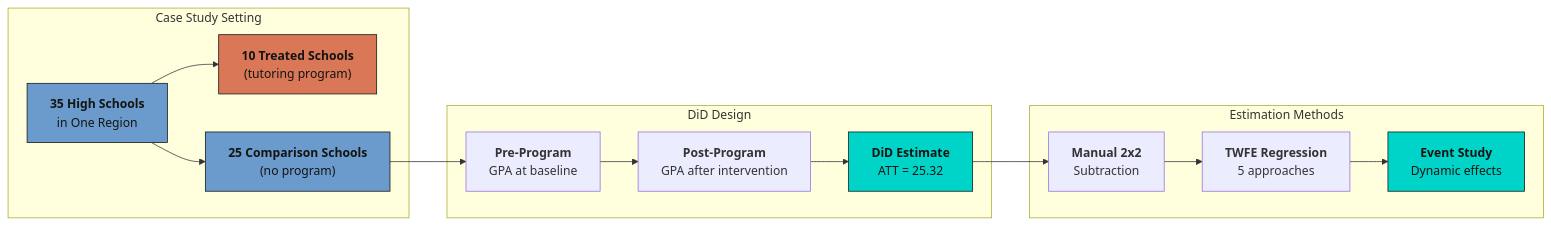
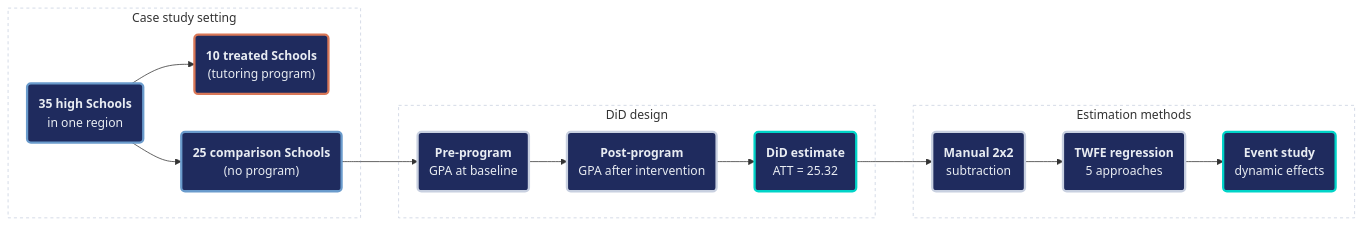
Before and after one commit to cmg777/starter-academic-v501: the diagram in content/post/stata_did/index.md, drawn with Mermaid. The commit also changed 13 other files, not shown here.

First line of the commit message:
content(mermaid): restyle flowcharts in Stata posts, batch 1 of 2

````diff
--- a/content/post/stata_did/index.md
+++ b/content/post/stata_did/index.md
@@ -89,33 +89,38 @@
 ```mermaid
 graph LR
-    subgraph "Case Study Setting"
-    A["<b>35 High Schools</b><br/>in One Region"]
-    B["<b>10 Treated Schools</b><br/>(tutoring program)"]
-    C["<b>25 Comparison Schools</b><br/>(no program)"]
+    subgraph SG1["Case study setting"]
+    A("<b>35 high Schools</b><br/>in one region")
+    B("<b>10 treated Schools</b><br/>(tutoring program)")
+    C("<b>25 comparison Schools</b><br/>(no program)")
     A --> B
     A --> C
     end
 
-    subgraph "DiD Design"
-    D["<b>Pre-Program</b><br/>GPA at baseline"]
-    E["<b>Post-Program</b><br/>GPA after intervention"]
-    F["<b>DiD Estimate</b><br/>ATT = 25.32"]
+    subgraph SG2["DiD design"]
+    D("<b>Pre-program</b><br/>GPA at baseline")
+    E("<b>Post-program</b><br/>GPA after intervention")
+    F("<b>DiD estimate</b><br/>ATT = 25.32")
     D --> E --> F
     end
 
-    subgraph "Estimation Methods"
-    G["<b>Manual 2x2</b><br/>Subtraction"]
-    H["<b>TWFE Regression</b><br/>5 approaches"]
-    I["<b>Event Study</b><br/>Dynamic effects"]
+    subgraph SG3["Estimation methods"]
+    G("<b>Manual 2x2</b><br/>subtraction")
+    H("<b>TWFE regression</b><br/>5 approaches")
+    I("<b>Event study</b><br/>dynamic effects")
     G --> H --> I
     end
 
     C --> D
     F --> G
-
-    style A fill:#6a9bcc,stroke:#141413,color:#141413
-    style B fill:#d97757,stroke:#141413,color:#141413
-    style C fill:#6a9bcc,stroke:#141413,color:#141413
-    style F fill:#00d4c8,stroke:#141413,color:#141413
-    style I fill:#00d4c8,stroke:#141413,color:#141413
+    style SG1 fill:none,stroke:#c8d0e0,stroke-width:1px,stroke-dasharray:4 4
+    style SG2 fill:none,stroke:#c8d0e0,stroke-width:1px,stroke-dasharray:4 4
+    style SG3 fill:none,stroke:#c8d0e0,stroke-width:1px,stroke-dasharray:4 4
+    classDef blue fill:#1f2b5e,stroke:#6a9bcc,stroke-width:3px,color:#e8ecf2
+    classDef orange fill:#1f2b5e,stroke:#d97757,stroke-width:3px,color:#e8ecf2
+    classDef gray fill:#1f2b5e,stroke:#c8d0e0,stroke-width:3px,color:#e8ecf2
+    classDef teal fill:#1f2b5e,stroke:#00d4c8,stroke-width:3px,color:#e8ecf2
+    class A,C blue
+    class B orange
+    class D,E,G,H gray
+    class F,I teal
 ```
````
